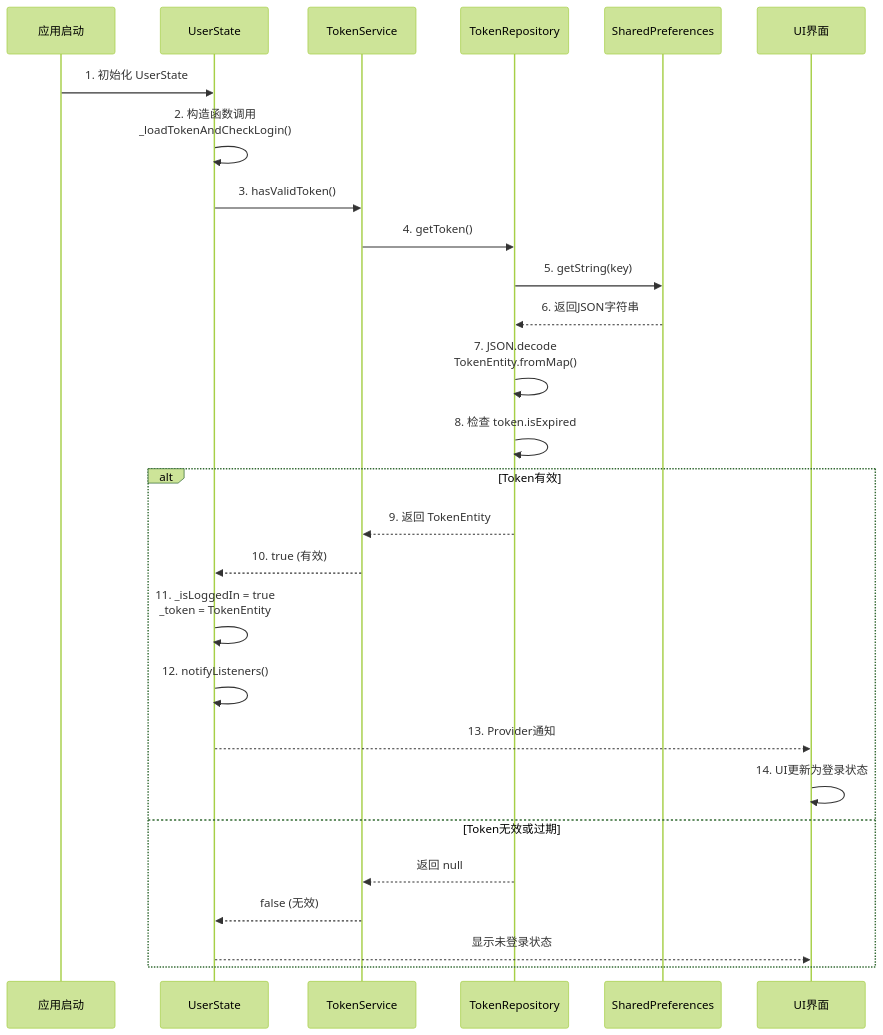
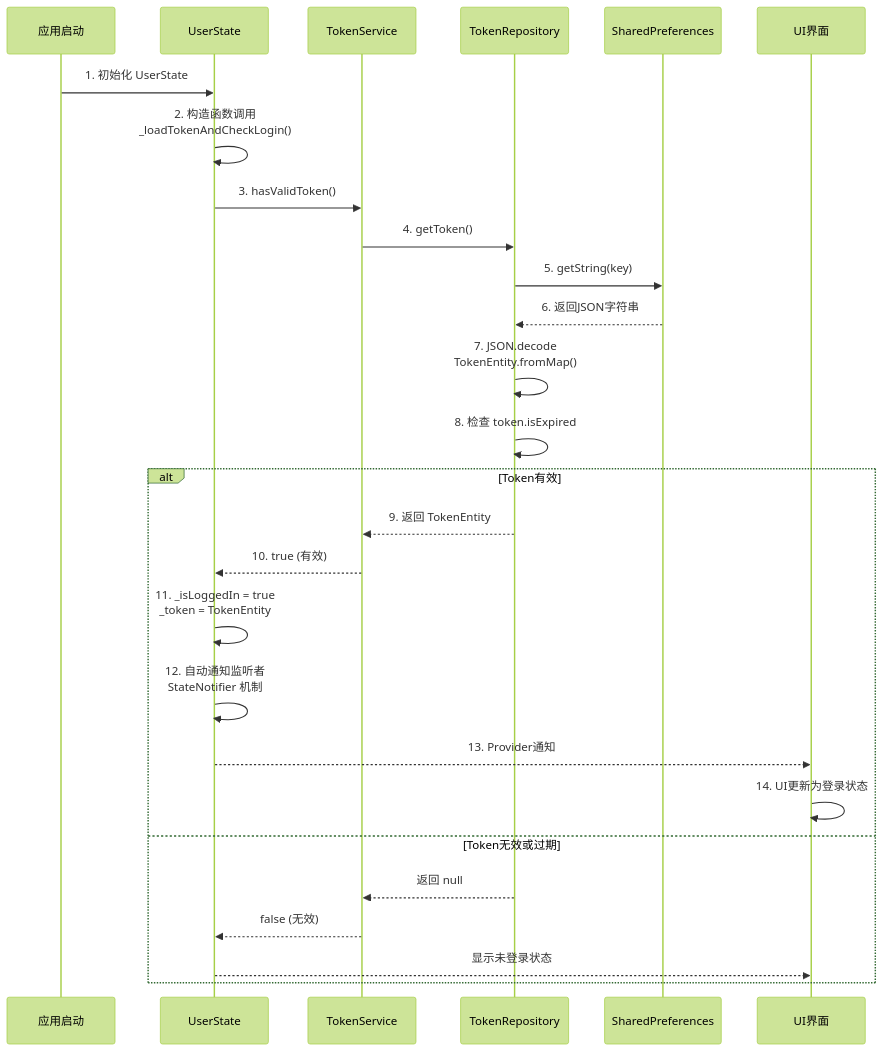
One commit to jianguofan/flutter_zero_copy changed the third of 12 diagrams in docs/AUTH_STATE_MERMAID_DIAGRAM.md. Above: the diagram before and after it, drawn with Mermaid (forest theme). The commit also changed other lines of this file, not shown here.

First line of the commit message:
docs: 完成 AUTH_STATE_MERMAID_DIAGRAM.md 所有 Riverpod 术语更新

````diff
--- a/docs/AUTH_STATE_MERMAID_DIAGRAM.md
+++ b/docs/AUTH_STATE_MERMAID_DIAGRAM.md
@@ -112,35 +112,35 @@
 ```mermaid
 sequenceDiagram
     participant App as 应用启动
     participant State as UserState
     participant Service as TokenService
     participant Repo as TokenRepository
     participant Storage as SharedPreferences
     participant UI as UI界面
     
     App->>State: 1. 初始化 UserState
     State->>State: 2. 构造函数调用<br/>_loadTokenAndCheckLogin()
     
     State->>Service: 3. hasValidToken()
     Service->>Repo: 4. getToken()
     Repo->>Storage: 5. getString(key)
     Storage-->>Repo: 6. 返回JSON字符串
     
     Repo->>Repo: 7. JSON.decode<br/>TokenEntity.fromMap()
     
     Repo->>Repo: 8. 检查 token.isExpired
     
     alt Token有效
         Repo-->>Service: 9. 返回 TokenEntity
         Service-->>State: 10. true (有效)
         
         State->>State: 11. _isLoggedIn = true<br/>_token = TokenEntity
-        State->>State: 12. notifyListeners()
+        State->>State: 12. 自动通知监听者<br/>StateNotifier 机制
         State-->>UI: 13. Provider通知
         UI->>UI: 14. UI更新为登录状态
     else Token无效或过期
         Repo-->>Service: 返回 null
         Service-->>State: false (无效)
         State-->>UI: 显示未登录状态
     end
 ```
````
